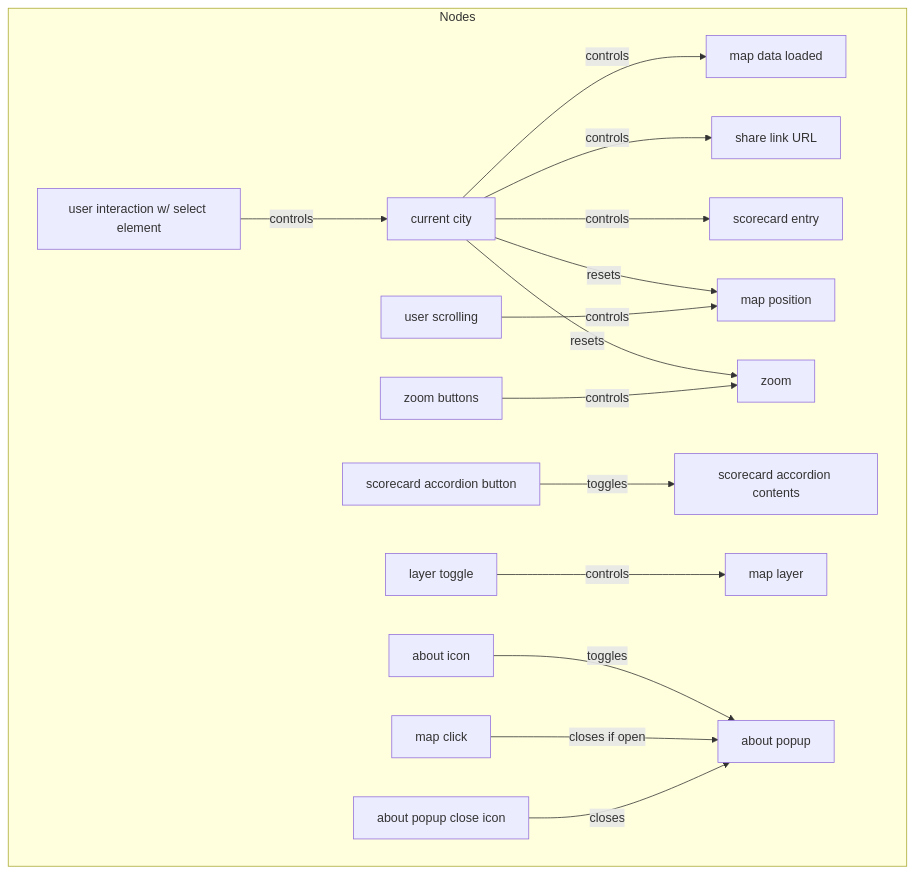
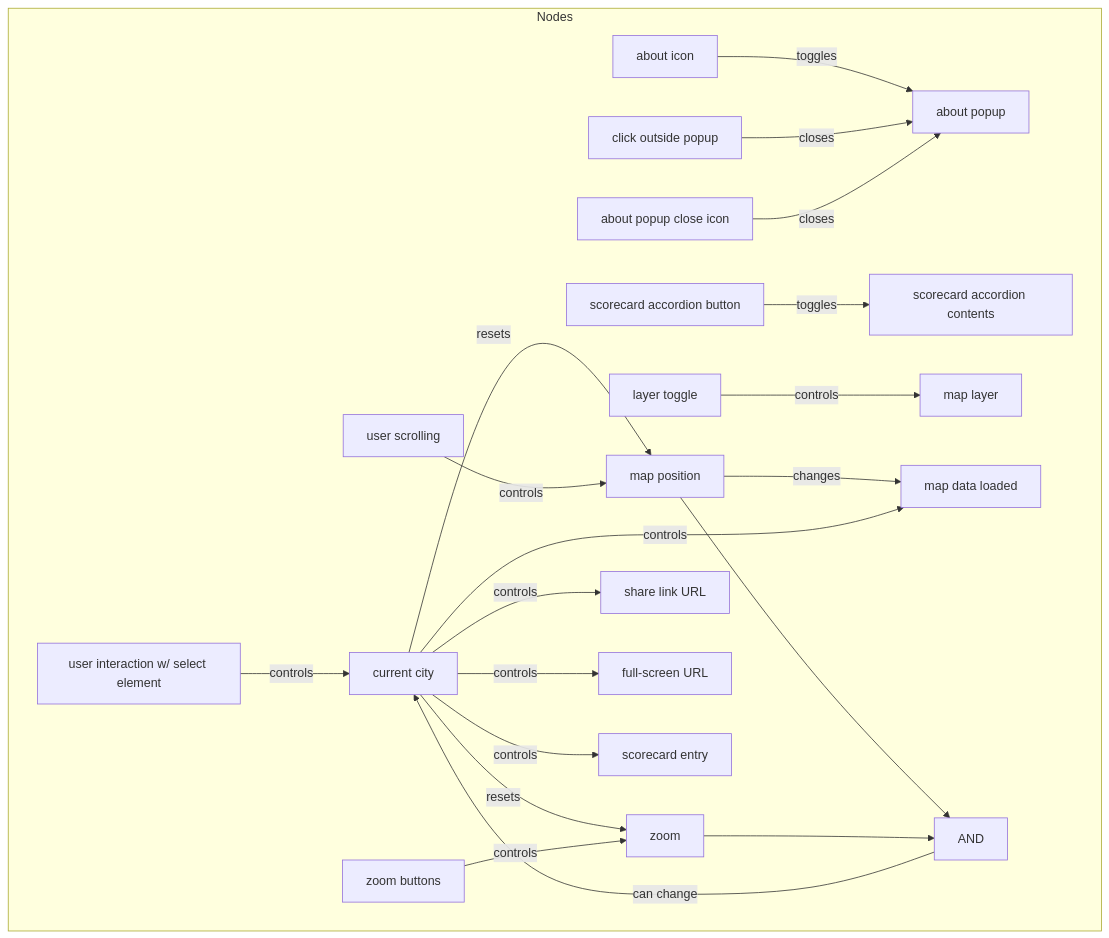
Before and after one commit to ParkingReformNetwork/parking-lot-map: the diagram in README.md, drawn with Mermaid.

Commit message:
Add state diagram for fullscreen icon & map changing what's loaded

````diff
--- a/README.md
+++ b/README.md
@@ -143,37 +143,61 @@
 ```mermaid
 graph TD
     subgraph Nodes
         A[current city]
+        F[user interaction w/ select element]
+
+        C[share link URL]
+        S[full-screen URL]
+
         B[map data loaded]
-        C[share link URL]
         D[scorecard entry]
+
         E[map position]
-        F[user interaction w/ select element]
+        H[user scrolling]
+
         G[zoom]
-        H[user scrolling]
         R[zoom buttons]
+
         J[scorecard accordion button]
         K[scorecard accordion contents]
+
         L[layer toggle]
         M[map layer]
+
         N[about icon]
         O[about popup]
-        P[map click]
+        P[click outside popup]
         Q[about popup close icon]
+
+        T[AND]
     end
 
     %% Relationships
+    N -->|toggles| O
+    P -->|closes| O
+    Q -->|closes| O
+
+    J -->|toggles| K
+
+    L -->|controls| M
+
     F -->|controls| A
+
+    E -->|changes| B
+
+    E -->T
+    G -->T
+    T -->|can change| A
+
+    A -->|controls| C
+    A -->|controls| S
+
     A -->|controls| B
-    A -->|controls| C
     A -->|controls| D
+
     A -->|resets| E
     A -->|resets| G
+
     H -->|controls| E
     R -->|controls| G
-    J -->|toggles| K
-    L -->|controls| M
-    N -->|toggles| O
-    P -->|closes if open| O
-    Q -->|closes| O
 ```
````
